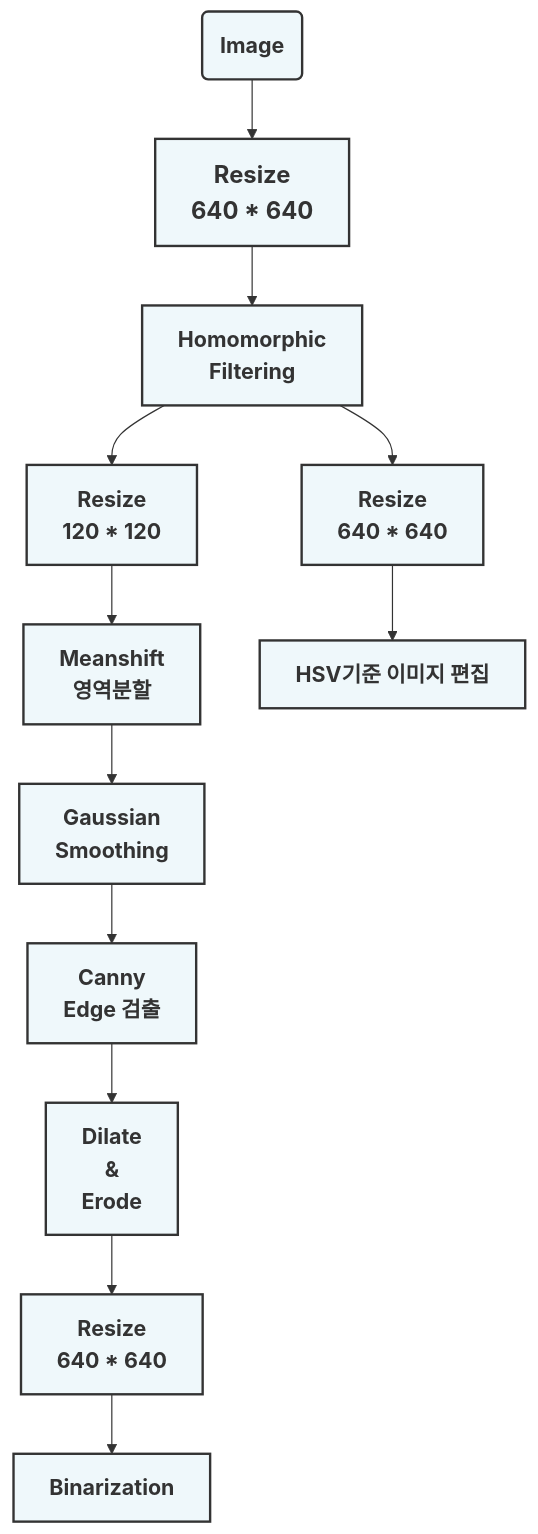
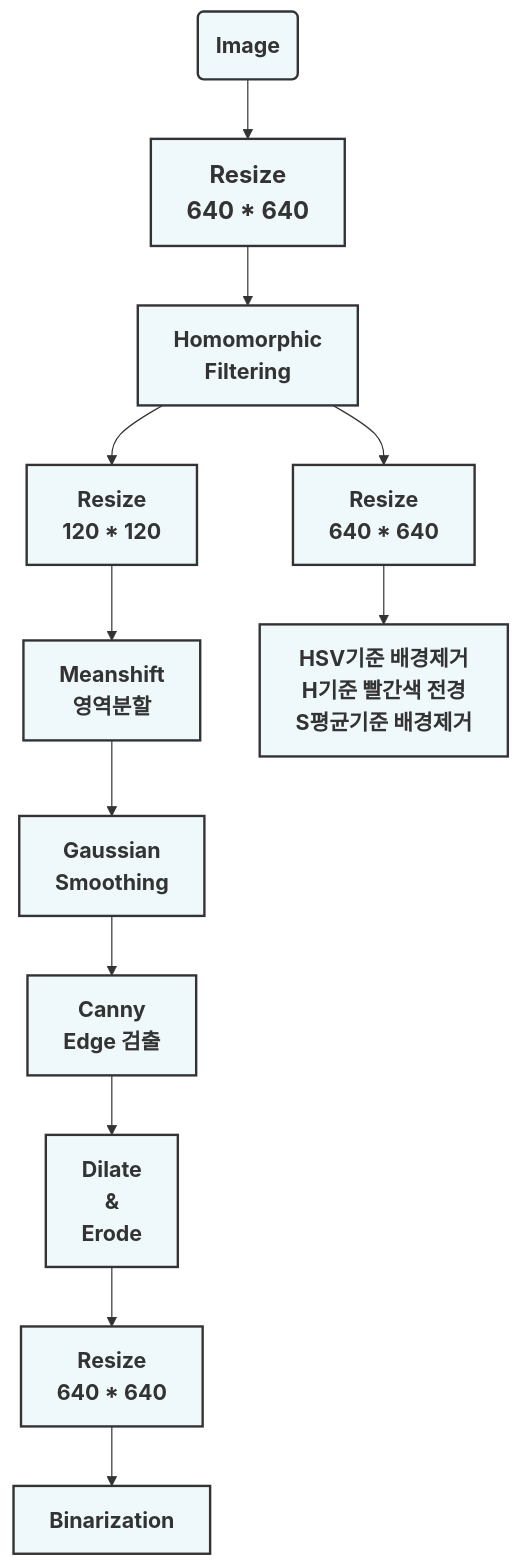
One commit to 201710808/-p changed the second of 2 diagrams in Readme.md. Above: the diagram before and after it, drawn with Mermaid.

````diff
--- a/Readme.md
+++ b/Readme.md
@@ -13,30 +13,30 @@
 ```mermaid
 graph
 A(<b><span style='font-size:18px'>Image</span></b>)-->B[<b><span style='font-size:20px'>Resize<br>640 * 640</span></b>]
 B-->C[<b><span style='font-size:18px'>Homomorphic<br>Filtering</span></b>]
 C-->D1[<b><span style='font-size:18px'>Resize<br>120 * 120</span></b>]
 D1-->E1[<b><span style='font-size:18px'>Meanshift<br>영역분할</span></b>]
 E1-->F[<b><span style='font-size:18px'>Gaussian<br>Smoothing</span></b>]
 F-->G[<b><span style='font-size:18px'>Canny<br>Edge 검출</span></b>]
 G-->H[<b><span style='font-size:18px'>Dilate<br>&<br>Erode</span></b>]
 H-->I[<b><span style='font-size:18px'>Resize<br>640 * 640</span></b>]
 I-->J[<b><span style='font-size:18px'>Binarization</span></b>]
 
 C-->D2[<b><span style='font-size:18px'>Resize<br>640 * 640</span></b>]
-D2-->E2[<b><span style='font-size:18px'>HSV기준 이미지 편집</span></b>]
+D2-->E2[<b><span style='font-size:18px'>HSV기준 배경제거<br>H기준 빨간색 전경<br>S평균기준 배경제거</span></b>]
 
 
 style A fill:#EFF8FB ,stroke:#333,stroke-width:2px
 style B fill:#EFF8FB ,stroke:#333,stroke-width:2px
 style C fill:#EFF8FB ,stroke:#333,stroke-width:2px
 style D1 fill:#EFF8FB ,stroke:#333,stroke-width:2px
 style E1 fill:#EFF8FB ,stroke:#333,stroke-width:2px
 style F fill:#EFF8FB ,stroke:#333,stroke-width:2px
 style G fill:#EFF8FB ,stroke:#333,stroke-width:2px
 style H fill:#EFF8FB ,stroke:#333,stroke-width:2px
 style I fill:#EFF8FB ,stroke:#333,stroke-width:2px
 style J fill:#EFF8FB ,stroke:#333,stroke-width:2px
 
 style D2 fill:#EFF8FB ,stroke:#333,stroke-width:2px
 style E2 fill:#EFF8FB ,stroke:#333,stroke-width:2px
 ```
````
